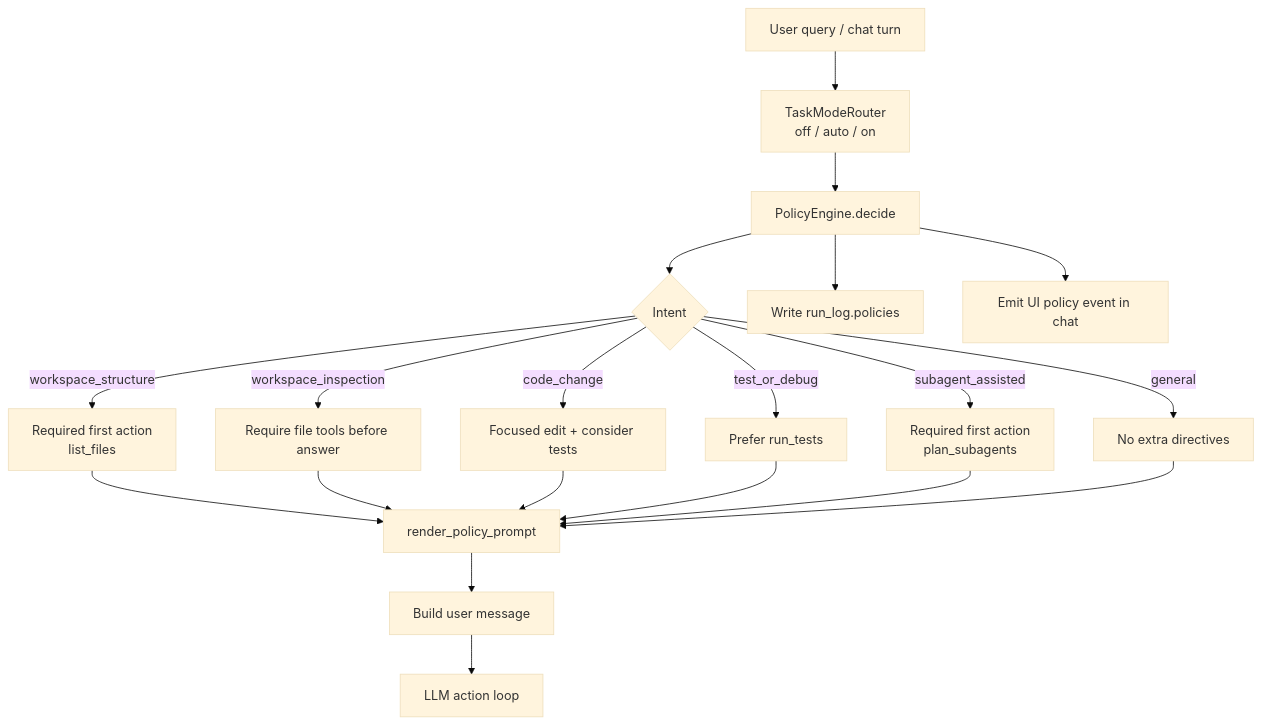
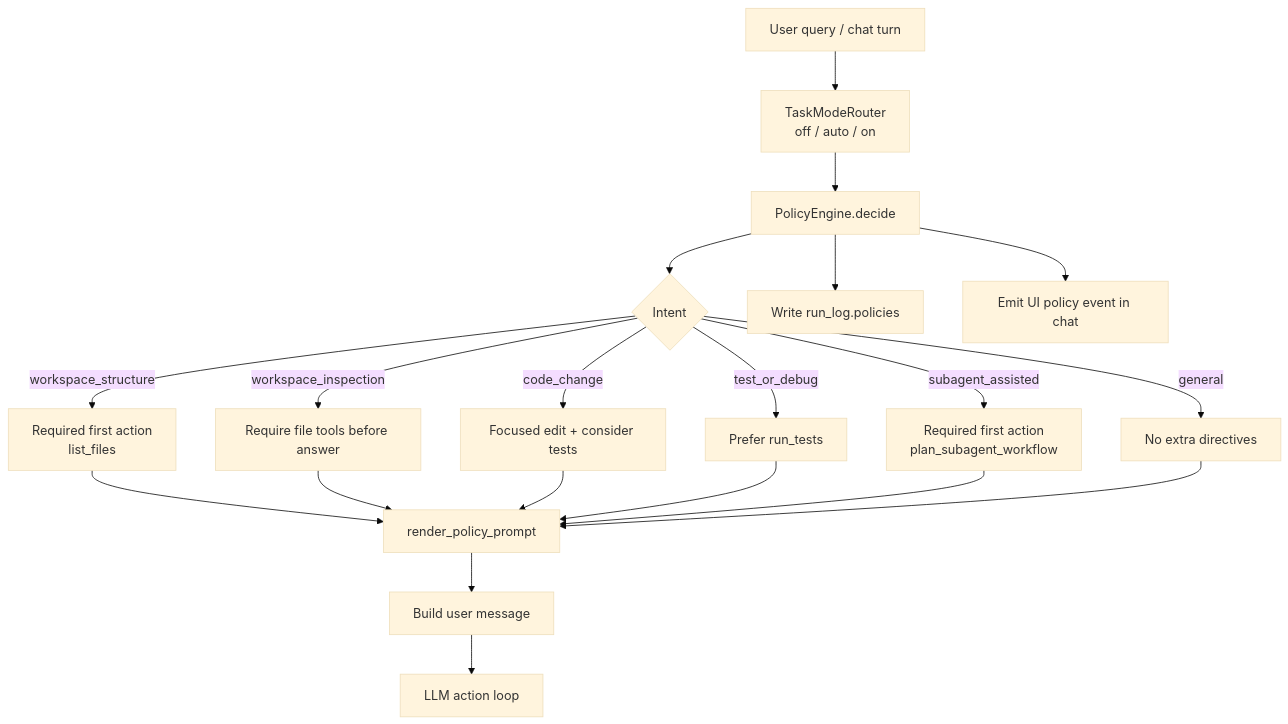
One commit to Cachuela11/MiniCode changed the fifth of 15 diagrams in README.md. Above: the diagram before and after it, drawn with Mermaid (base theme). The commit also changed other lines of this file and 6 other files, not shown here.

Commit message:
update subagent mode---DAG workflow

````diff
--- a/README.md
+++ b/README.md
@@ -324,22 +342,22 @@
 ```mermaid
 flowchart TD
     A[User query / chat turn] --> T[TaskModeRouter<br/>off / auto / on]
     T --> B[PolicyEngine.decide]
     B --> C{Intent}
     C -->|workspace_structure| D[Required first action<br/>list_files]
     C -->|workspace_inspection| E[Require file tools before answer]
     C -->|code_change| F[Focused edit + consider tests]
     C -->|test_or_debug| G[Prefer run_tests]
-    C -->|subagent_assisted| S[Required first action<br/>plan_subagents]
+    C -->|subagent_assisted| S[Required first action<br/>plan_subagent_workflow]
     C -->|general| H[No extra directives]
     D --> I[render_policy_prompt]
     E --> I
     F --> I
     G --> I
     S --> I
     H --> I
     I --> J[Build user message]
     J --> K[LLM action loop]
     B --> L[Write run_log.policies]
     B --> M[Emit UI policy event in chat]
 ```
````
